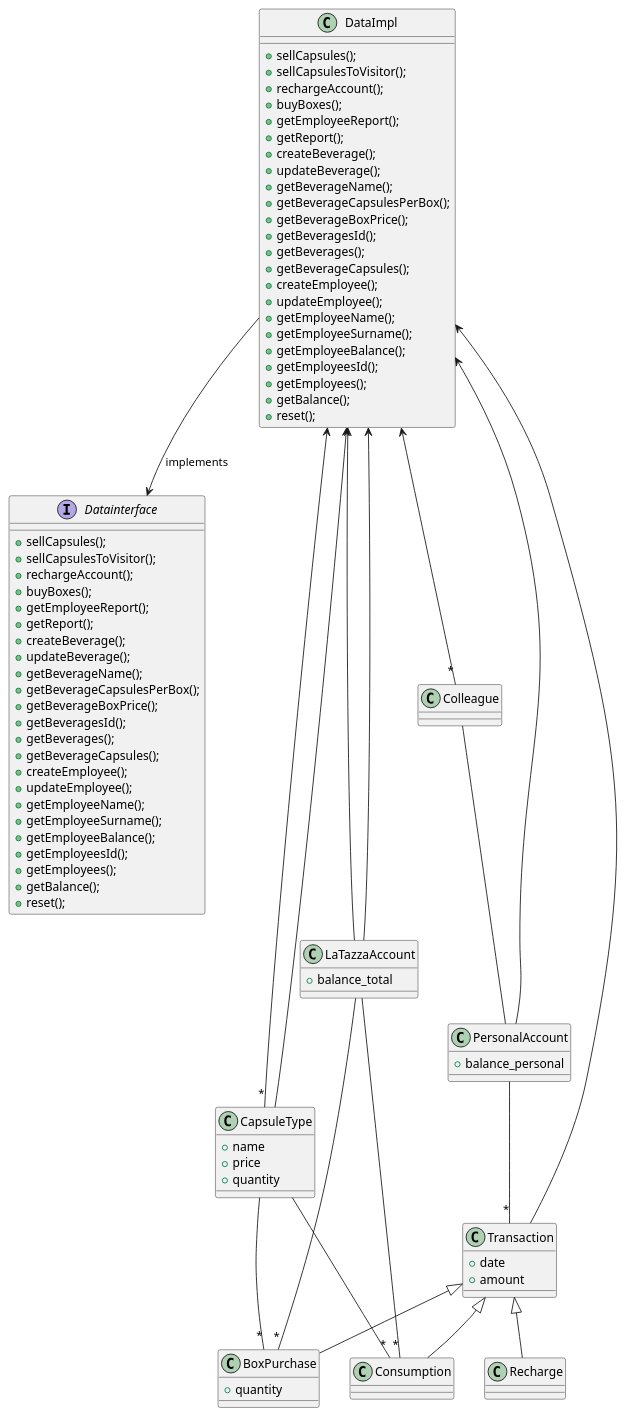
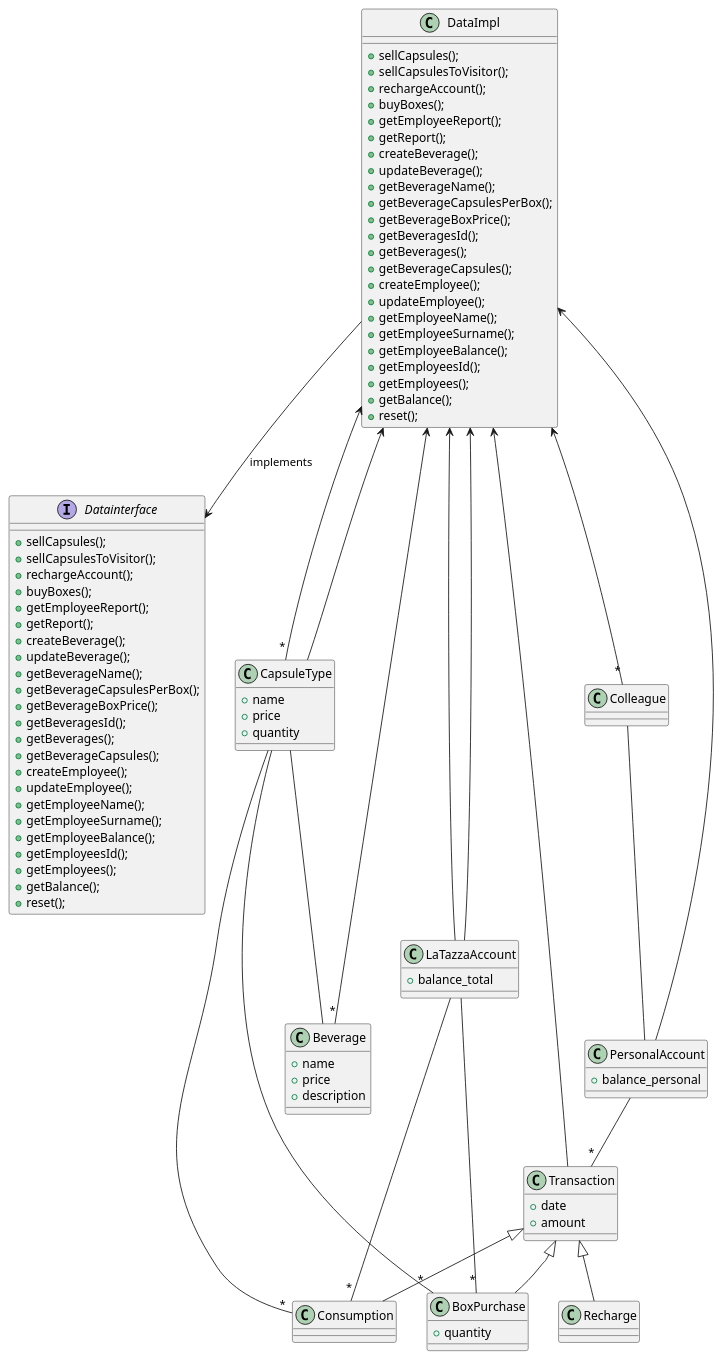
The third of 7 diagrams in templates/DesignDocumentTemplate.md (salvatore-dimartino/LaTazza), drawn with PlantUML before and after one commit.

```diff
--- a/templates/DesignDocumentTemplate.md
+++ b/templates/DesignDocumentTemplate.md
@@ -138,6 +138,14 @@
 
 LaTazzaAccount --> DataImpl
 
+class Beverage {
++ name
++ price
++ description
+}
+
+CapsuleType -- Beverage
+
 class CapsuleType {
 + name
 + price
@@ -157,6 +165,7 @@
 
 DataImpl <-- "*" Colleague
 DataImpl <-- "*" CapsuleType
+DataImpl <-- "*" Beverage
 DataImpl <-- LaTazzaAccount
 
 LaTazzaAccount -- "*" BoxPurchase
```
